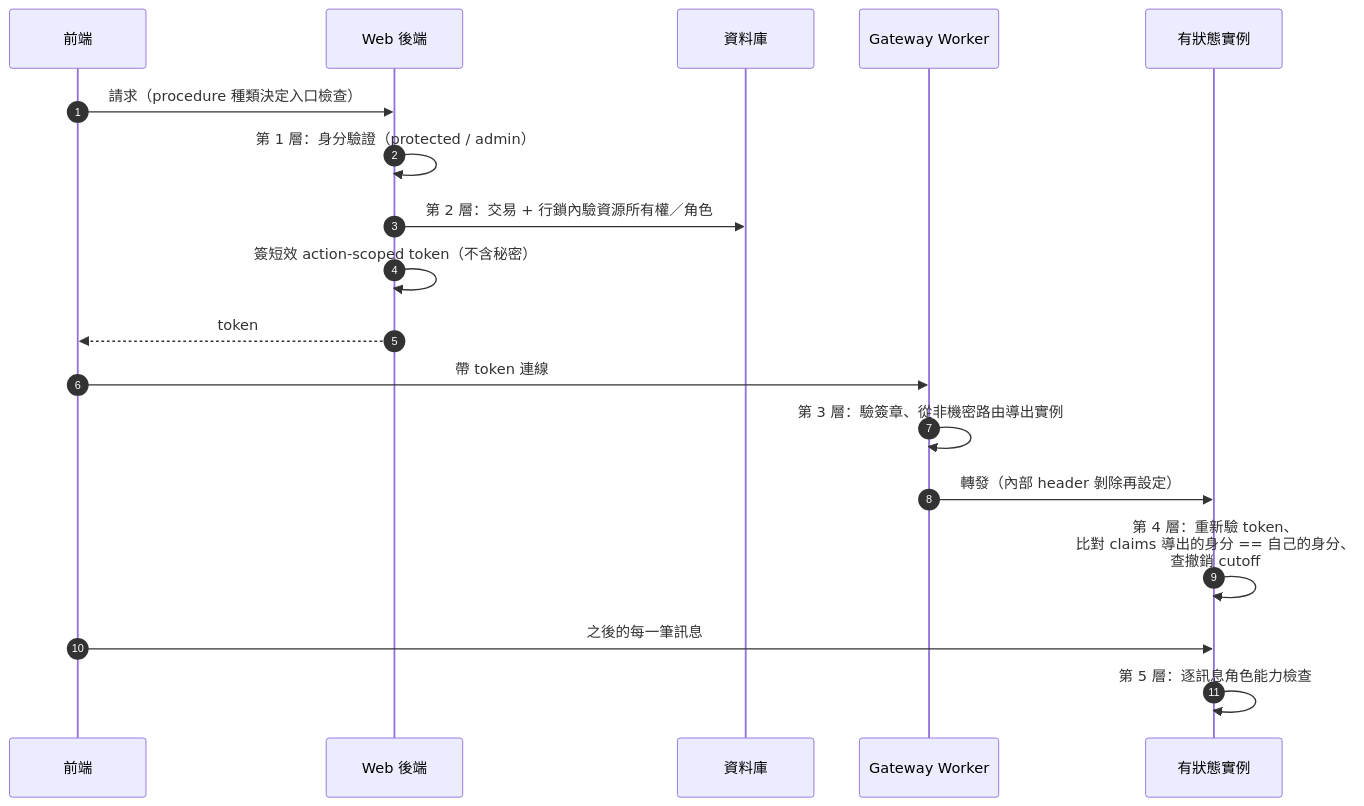
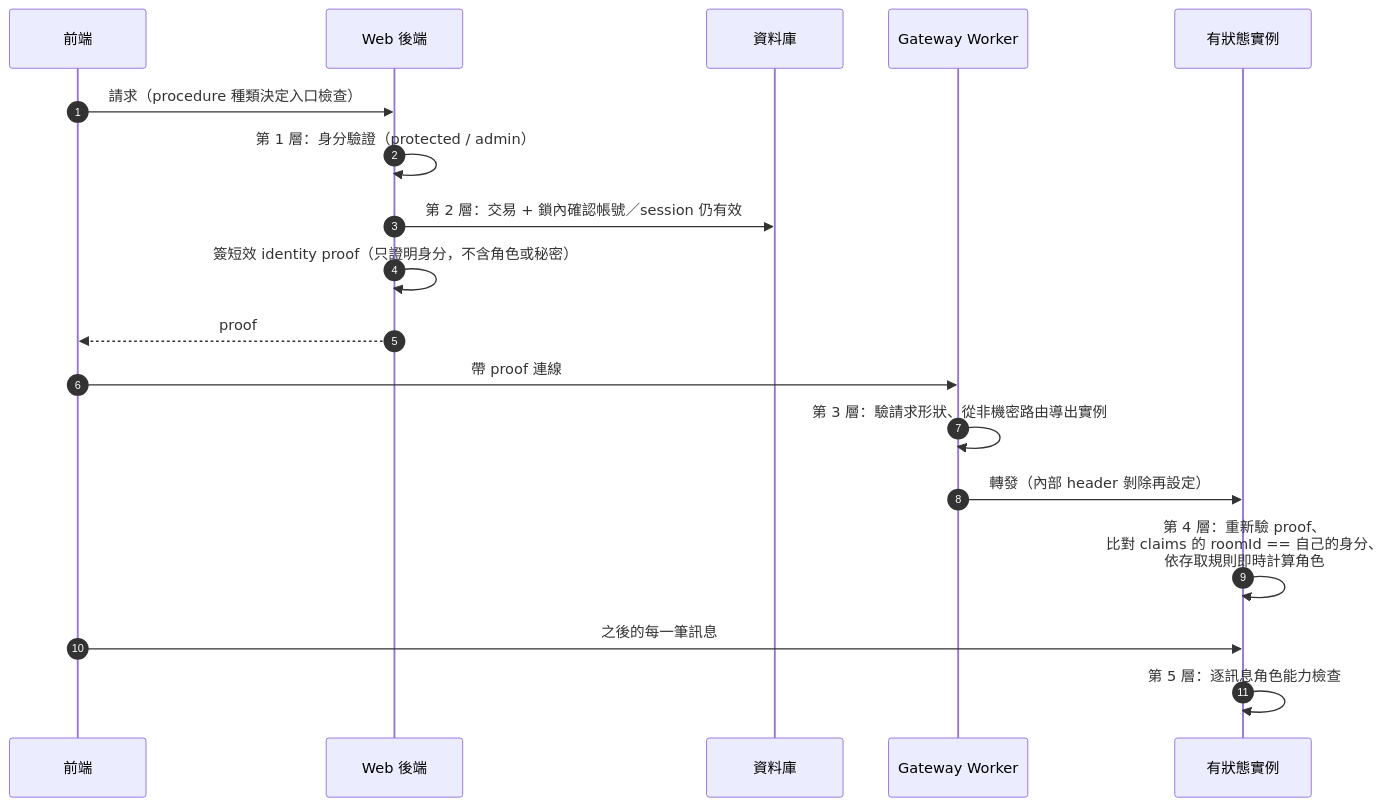
Before and after one commit to EricTsai83/drawstuff: the diagram in docs/system-design/layered-authorization.md, drawn with Mermaid. The commit also changed other lines of this file and 48 other files, not shown here.

````diff
--- a/docs/system-design/layered-authorization.md
+++ b/docs/system-design/layered-authorization.md
@@ -17,21 +17,21 @@
 ```mermaid
 sequenceDiagram
     autonumber
     participant B as 前端
     participant API as Web 後端
     participant DB as 資料庫
     participant G as Gateway Worker
     participant DO as 有狀態實例
 
     B->>API: 請求（procedure 種類決定入口檢查）
     API->>API: 第 1 層：身分驗證（protected / admin）
-    API->>DB: 第 2 層：交易 + 行鎖內驗資源所有權／角色
-    API->>API: 簽短效 action-scoped token（不含秘密）
-    API-->>B: token
-    B->>G: 帶 token 連線
-    G->>G: 第 3 層：驗簽章、從非機密路由導出實例
+    API->>DB: 第 2 層：交易 + 鎖內確認帳號／session 仍有效
+    API->>API: 簽短效 identity proof（只證明身分，不含角色或秘密）
+    API-->>B: proof
+    B->>G: 帶 proof 連線
+    G->>G: 第 3 層：驗請求形狀、從非機密路由導出實例
     G->>DO: 轉發（內部 header 剝除再設定）
-    DO->>DO: 第 4 層：重新驗 token、<br/>比對 claims 導出的身分 == 自己的身分、<br/>查撤銷 cutoff
+    DO->>DO: 第 4 層：重新驗 proof、<br/>比對 claims 的 roomId == 自己的身分、<br/>依存取規則即時計算角色
     B->>DO: 之後的每一筆訊息
     DO->>DO: 第 5 層：逐訊息角色能力檢查
 ```
````
